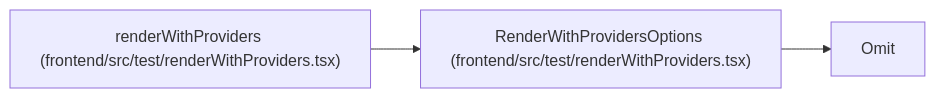
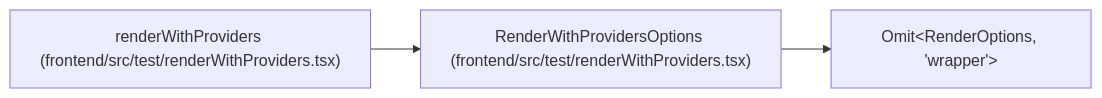
The diagram in docs/llm_wiki/entities/RenderWithProvidersOptions.md (Denissvgn/WorkChord), drawn with Mermaid before and after one commit. The commit also changed other lines of this file and 25171 other files, not shown here.

````diff
--- a/docs/llm_wiki/entities/RenderWithProvidersOptions.md
+++ b/docs/llm_wiki/entities/RenderWithProvidersOptions.md
@@ -26,10 +26,10 @@
 ```mermaid
 flowchart LR
     n0["RenderWithProvidersOptions (frontend/src/test/renderWithProviders.tsx)"]
-    n1["Omit"]
+    n1["Omit#60;RenderOptions, 'wrapper'#62;"]
     n2["renderWithProviders (frontend/src/test/renderWithProviders.tsx)"]
     n0 --> n1
     n2 --> n0
     click n0 "../modules/renderWithProviders.md"
     click n2 "../modules/renderWithProviders.md"
 ```
````
